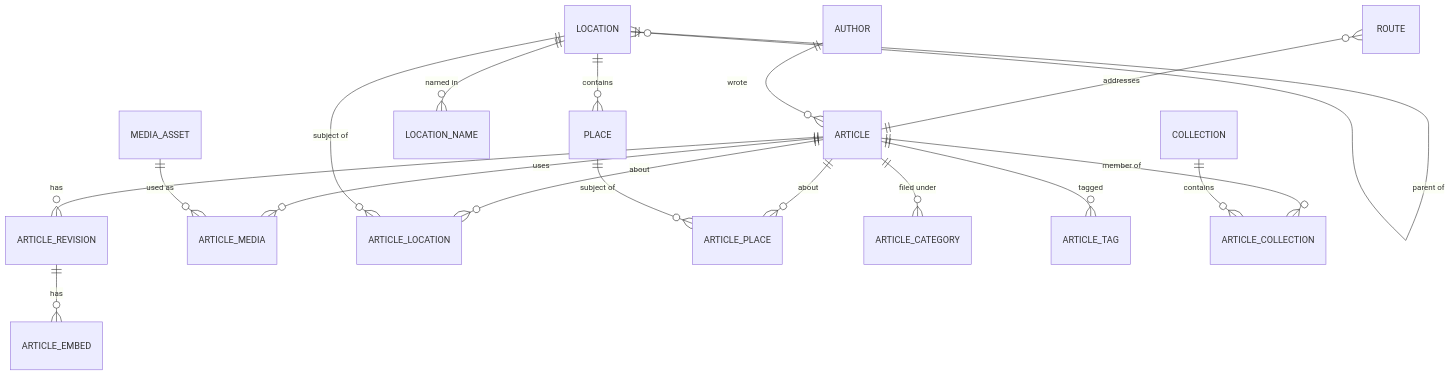
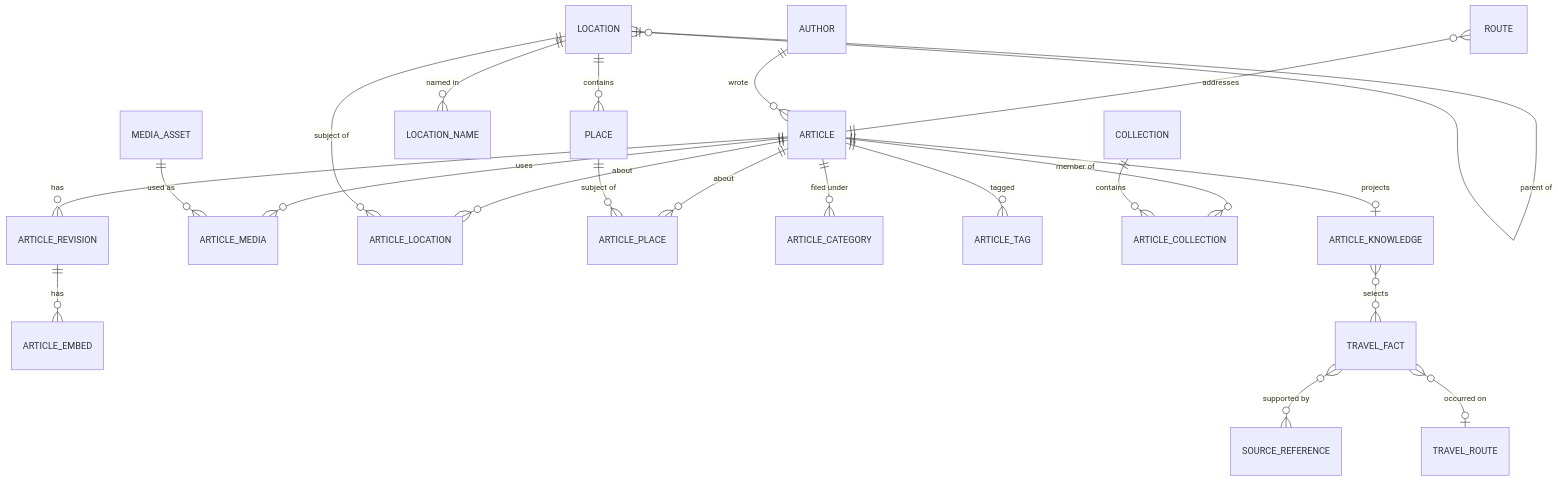
One commit to tomoki013/tomokichi-diary changed the diagram in docs/DATA_MODEL.md. Above: the diagram before and after it, drawn with Mermaid. The commit also changed other lines of this file and 67 other files, not shown here.

First line of the commit message:
feat(web): rebuild the public UI and land the travel knowledge sidecar

````diff
--- a/docs/DATA_MODEL.md
+++ b/docs/DATA_MODEL.md
@@ -6,20 +6,24 @@
 ```mermaid
 erDiagram
     ARTICLE ||--o{ ARTICLE_REVISION : "has"
     ARTICLE_REVISION ||--o{ ARTICLE_EMBED : "has"
     ARTICLE ||--o{ ARTICLE_MEDIA : "uses"
     MEDIA_ASSET ||--o{ ARTICLE_MEDIA : "used as"
     ARTICLE ||--o{ ARTICLE_LOCATION : "about"
     LOCATION ||--o{ ARTICLE_LOCATION : "subject of"
     LOCATION ||--o{ LOCATION_NAME : "named in"
     LOCATION ||--o{ LOCATION : "parent of"
     LOCATION ||--o{ PLACE : "contains"
     ARTICLE ||--o{ ARTICLE_PLACE : "about"
     PLACE ||--o{ ARTICLE_PLACE : "subject of"
     ARTICLE ||--o{ ARTICLE_CATEGORY : "filed under"
     ARTICLE ||--o{ ARTICLE_TAG : "tagged"
     ARTICLE ||--o{ ARTICLE_COLLECTION : "member of"
     COLLECTION ||--o{ ARTICLE_COLLECTION : "contains"
     ROUTE }o--|| ARTICLE : "addresses"
     AUTHOR ||--o{ ARTICLE : "wrote"
+    ARTICLE ||--o| ARTICLE_KNOWLEDGE : "projects"
+    ARTICLE_KNOWLEDGE }o--o{ TRAVEL_FACT : "selects"
+    TRAVEL_FACT }o--o{ SOURCE_REFERENCE : "supported by"
+    TRAVEL_FACT }o--o| TRAVEL_ROUTE : "occurred on"
 ```
````
